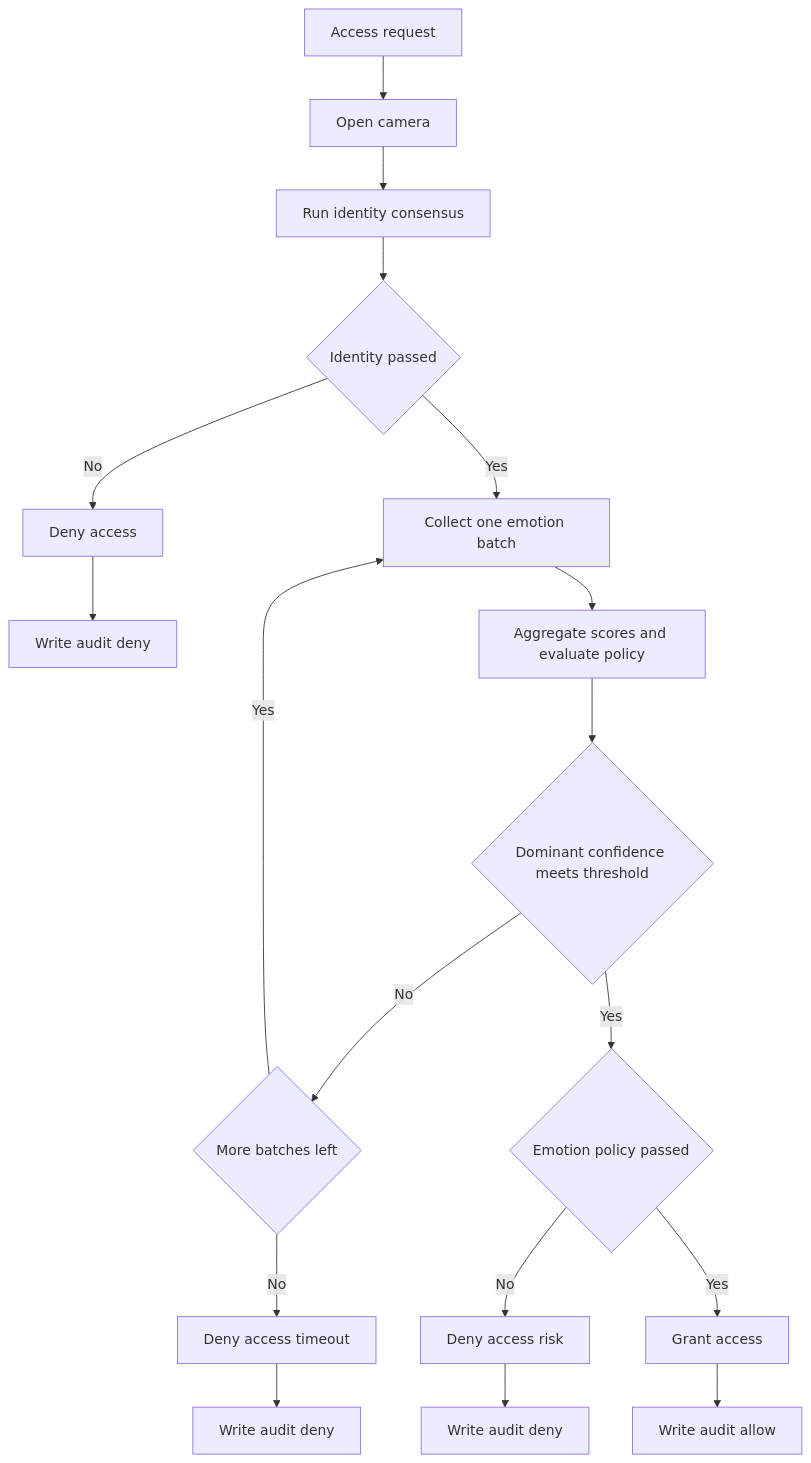
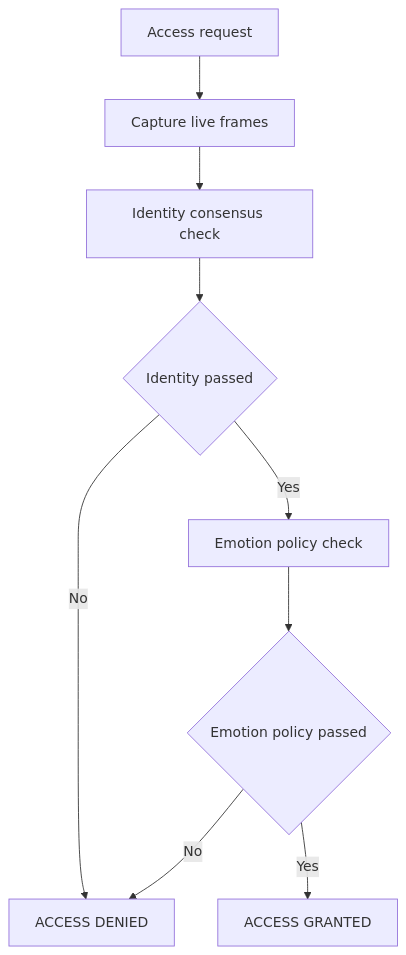
The diagram in README.md (tedwhirring569/gatekeeper), drawn with Mermaid before and after one commit.

Commit message:
Simplify README decision flowchart to unified grant/deny outcomes

````diff
--- a/README.md
+++ b/README.md
@@ -50,22 +50,11 @@
 ```mermaid
 flowchart TD
-    start[Access request] --> camera[Open camera]
-    camera --> identity[Run identity consensus]
+    start[Access request] --> capture[Capture live frames]
+    capture --> identity[Identity consensus check]
     identity --> identity_ok{Identity passed}
-    identity_ok -- No --> deny_id[Deny access]
-    deny_id --> audit_deny_id[Write audit deny]
-
-    identity_ok -- Yes --> batch[Collect one emotion batch]
-    batch --> eval[Aggregate scores and evaluate policy]
-    eval --> stable{Dominant confidence meets threshold}
-    stable -- No --> more{More batches left}
-    more -- Yes --> batch
-    more -- No --> deny_timeout[Deny access timeout]
-    deny_timeout --> audit_deny_timeout[Write audit deny]
-
-    stable -- Yes --> emotion_ok{Emotion policy passed}
-    emotion_ok -- No --> deny_emotion[Deny access risk]
-    deny_emotion --> audit_deny_emotion[Write audit deny]
-    emotion_ok -- Yes --> allow[Grant access]
-    allow --> audit_allow[Write audit allow]
+    identity_ok -- No --> denied[ACCESS DENIED]
+    identity_ok -- Yes --> emotion[Emotion policy check]
+    emotion --> emotion_ok{Emotion policy passed}
+    emotion_ok -- No --> denied
+    emotion_ok -- Yes --> granted[ACCESS GRANTED]
 ```
````
